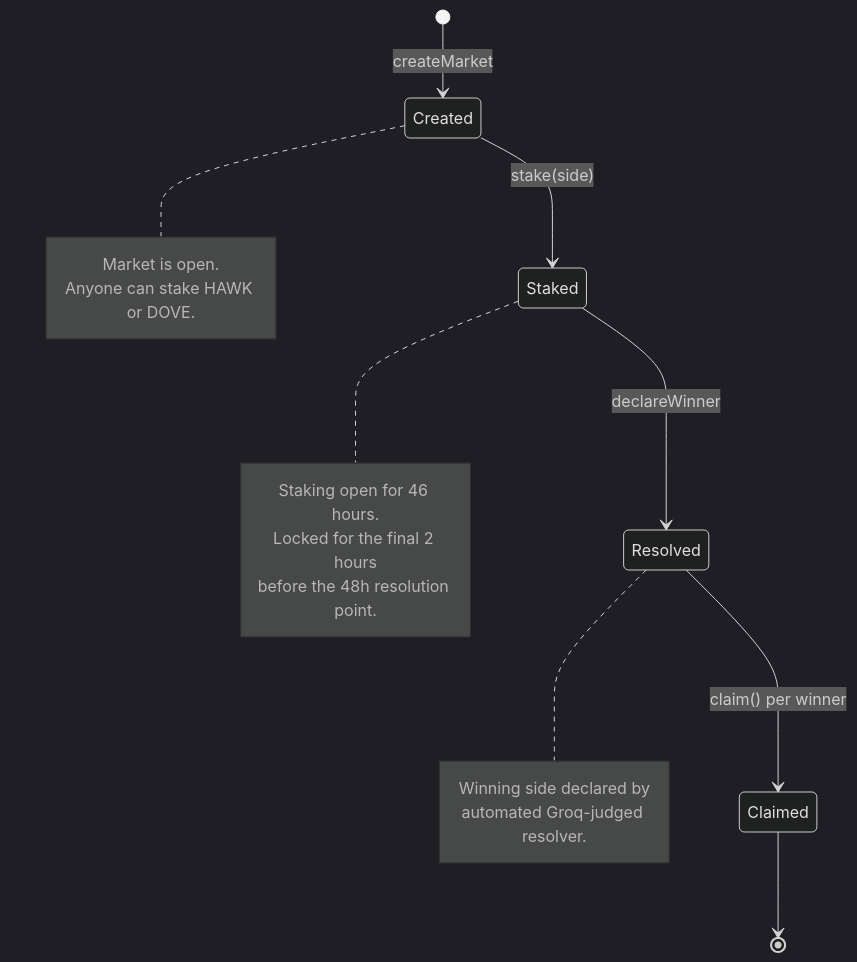
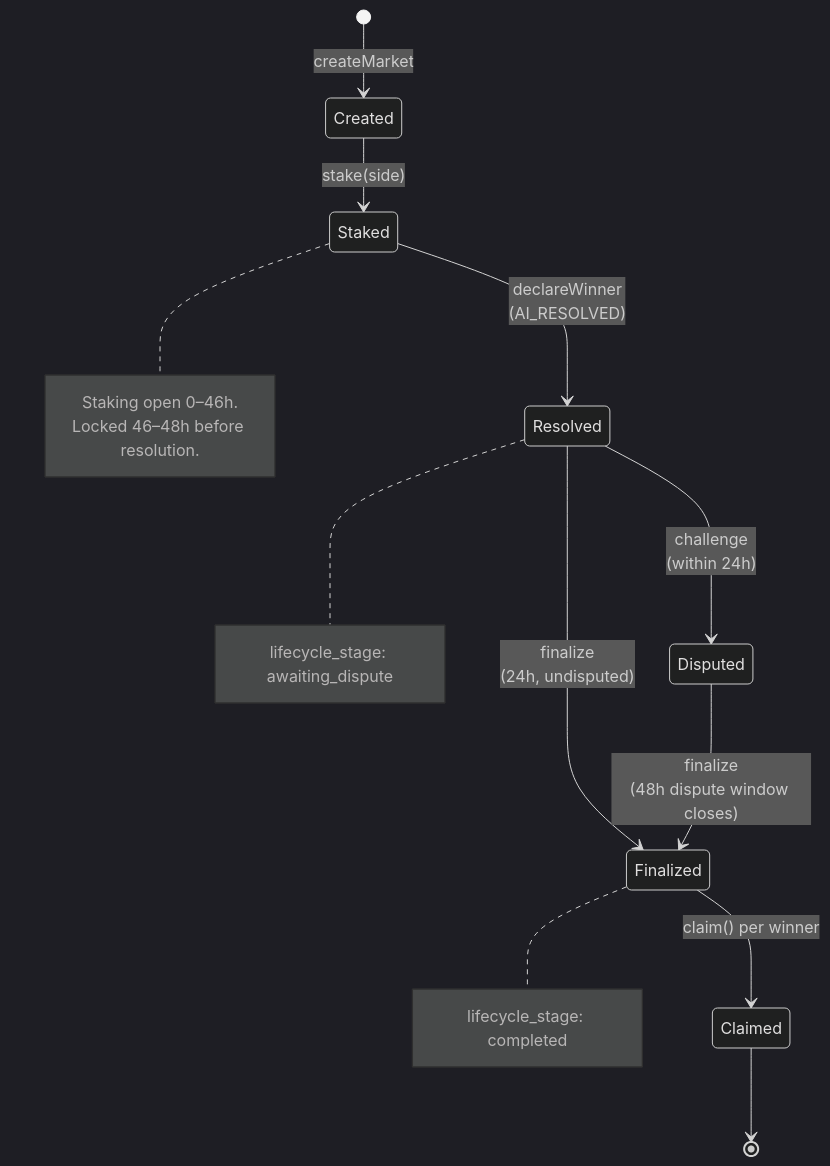
One commit to blocknine0/geomacro changed the fourth of 5 diagrams in README.md. Above: the diagram before and after it, drawn with Mermaid (dark theme). The commit also changed other lines of this file, not shown here.

````diff
--- a/README.md
+++ b/README.md
@@ -121,22 +169,22 @@
 ```mermaid
 stateDiagram-v2
     [*] --> Created: createMarket
     Created --> Staked: stake(side)
-    Staked --> Resolved: declareWinner
-    Resolved --> Claimed: claim() per winner
+    Staked --> Resolved: declareWinner<br/>(AI_RESOLVED)
+    Resolved --> Disputed: challenge<br/>(within 24h)
+    Resolved --> Finalized: finalize<br/>(24h, undisputed)
+    Disputed --> Finalized: finalize<br/>(48h dispute window closes)
+    Finalized --> Claimed: claim() per winner
     Claimed --> [*]
 
-    note right of Created
-      Market is open.
-      Anyone can stake HAWK or DOVE.
-    end note
     note right of Staked
-      Staking open for 46 hours.
-      Locked for the final 2 hours
-      before the 48h resolution point.
+      Staking open 0–46h.
+      Locked 46–48h before resolution.
     end note
     note right of Resolved
-      Winning side declared by
-      automated Groq-judged resolver.
+      lifecycle_stage: awaiting_dispute
+    end note
+    note right of Finalized
+      lifecycle_stage: completed
     end note
 ```
````
